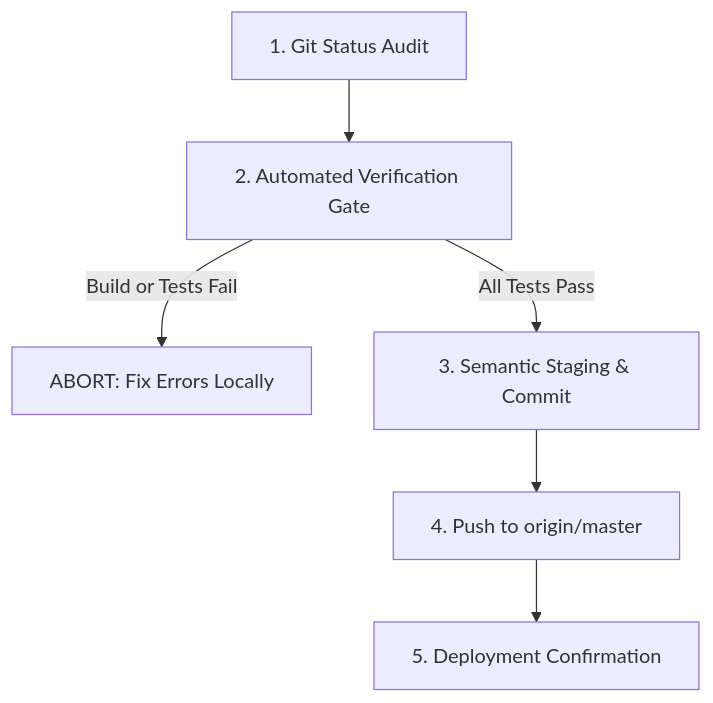
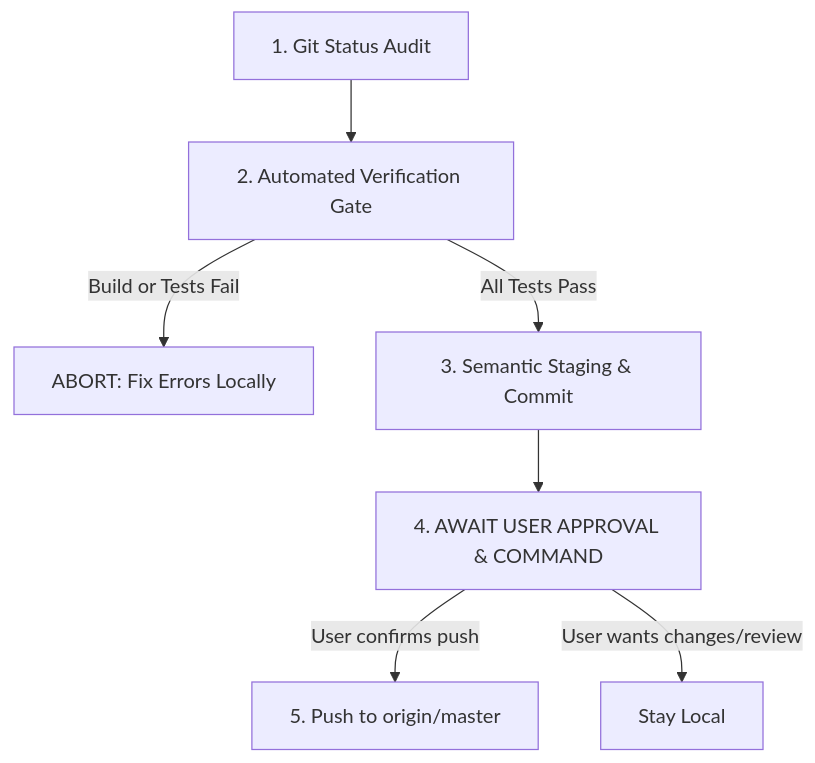
The diagram in .agents/skills/git-push-with-tests/SKILL.md (samaalibassem123/OpaAgency), drawn with Mermaid before and after one commit. The commit also changed other lines of this file and 1 other file, not shown here.

Commit message:
docs(agents): enforce human-in-the-loop git push rule and update skill workflow

````diff
--- a/.agents/skills/git-push-with-tests/SKILL.md
+++ b/.agents/skills/git-push-with-tests/SKILL.md
@@ -28,8 +31,9 @@
 ```mermaid
 flowchart TD
     A["1. Git Status Audit"] --> B["2. Automated Verification Gate"]
     B -->|Build or Tests Fail| C["ABORT: Fix Errors Locally"]
     B -->|All Tests Pass| D["3. Semantic Staging & Commit"]
-    D --> E["4. Push to origin/master"]
-    E --> F["5. Deployment Confirmation"]
+    D --> E["4. AWAIT USER APPROVAL & COMMAND"]
+    E -->|User confirms push| F["5. Push to origin/master"]
+    E -->|User wants changes/review| G["Stay Local"]
 ```
````
